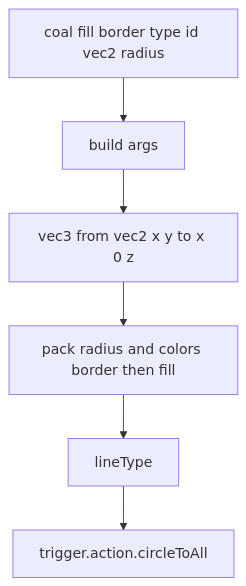
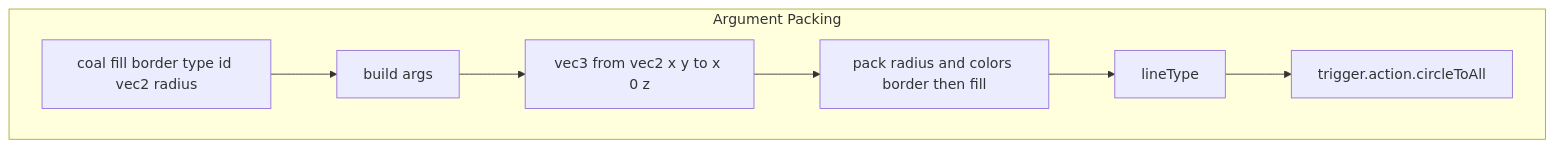
Before and after one commit to Gh0st352/AETHR: the second of 4 diagrams in docs/markers/circles.md, drawn with Mermaid. The commit also changed other lines of this file and 4 other files, not shown here.

First line of the commit message:
docs(markers): reorganize Mermaid diagrams into subgraphs

````diff
--- a/docs/markers/circles.md
+++ b/docs/markers/circles.md
@@ -35,8 +42,17 @@
 ```mermaid
+%% shared theme: docs/_mermaid/theme.json %%
 flowchart TD
-  IN[coal fill border type id vec2 radius] --> ARGS[build args]
-  ARGS --> VEC3[vec3 from vec2 x y to x 0 z]
-  VEC3 --> PACK[pack radius and colors border then fill]
-  PACK --> TYPE[lineType]
-  TYPE --> CALL[trigger.action.circleToAll]
+  subgraph "Argument Packing"
+    IN[coal fill border type id vec2 radius] --> ARGS[build args]
+    ARGS --> VEC3[vec3 from vec2 x y to x 0 z]
+    VEC3 --> PACK[pack radius and colors border then fill]
+    PACK --> TYPE[lineType]
+    TYPE --> CALL[trigger.action.circleToAll]
+  end
+  class IN class_io;
+  class ARGS class_compute;
+  class VEC3 class_data;
+  class PACK class_compute;
+  class TYPE class_step;
+  class CALL class_io;
 ```
````
